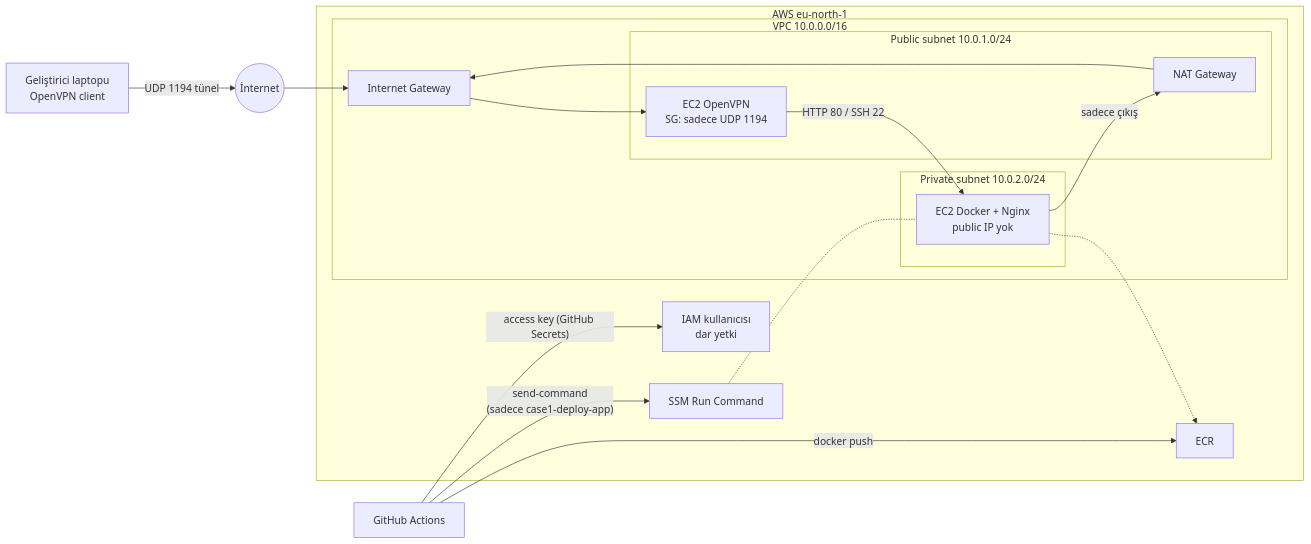
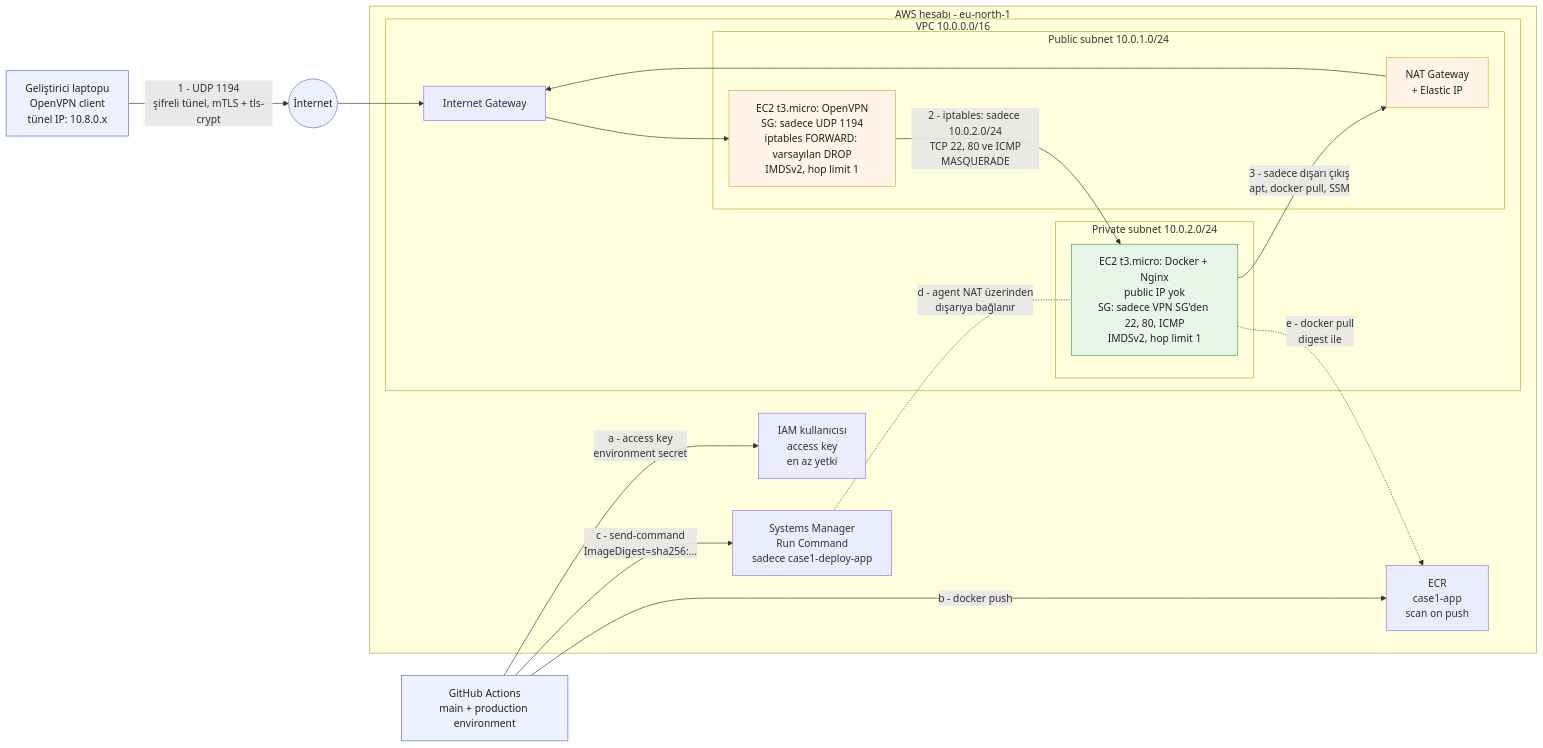
The diagram in README.md (Kkocaoglan/DevOps_Case), drawn with Mermaid before and after one commit. The commit also changed other lines of this file and 2 other files, not shown here.

Commit message:
Docs: mimari diyagram güncellendi, olmayan ekran görüntüsü bağlantıları kaldırıldı
Diyagram iptables FORWARD kısıtını, IMDSv2 hop limit 1'i, özel SSM dokümanını
(digest ile deploy) ve production environment'ını gösteriyor. README'deki
Mermaid bloğu architecture.mmd ile aynı.

````diff
--- a/README.md
+++ b/README.md
@@ -16,29 +16,45 @@
 ```mermaid
 flowchart LR
-    dev["Geliştirici laptopu<br/>OpenVPN client"]
+    dev["Geliştirici laptopu<br/>OpenVPN client<br/>tünel IP: 10.8.0.x"]
     net(("İnternet"))
-    gh["GitHub Actions"]
-    subgraph aws["AWS eu-north-1"]
-        iam["IAM kullanıcısı<br/>dar yetki"]
-        ecr["ECR"]
-        ssm["SSM Run Command"]
+    gh["GitHub Actions<br/>main + production environment"]
+
+    subgraph aws["AWS hesabı - eu-north-1"]
+        iam["IAM kullanıcısı<br/>access key<br/>en az yetki"]
+        ecr["ECR<br/>case1-app<br/>scan on push"]
+        ssm["Systems Manager<br/>Run Command<br/>sadece case1-deploy-app"]
+
         subgraph vpc["VPC 10.0.0.0/16"]
             igw["Internet Gateway"]
+
             subgraph pub["Public subnet 10.0.1.0/24"]
-                vpn["EC2 OpenVPN<br/>SG: sadece UDP 1194"]
-                nat["NAT Gateway"]
+                vpn["EC2 t3.micro: OpenVPN<br/>SG: sadece UDP 1194<br/>iptables FORWARD: varsayılan DROP<br/>IMDSv2, hop limit 1"]
+                nat["NAT Gateway<br/>+ Elastic IP"]
             end
+
             subgraph priv["Private subnet 10.0.2.0/24"]
-                app["EC2 Docker + Nginx<br/>public IP yok"]
+                app["EC2 t3.micro: Docker + Nginx<br/>public IP yok<br/>SG: sadece VPN SG'den 22, 80, ICMP<br/>IMDSv2, hop limit 1"]
             end
         end
     end
-    dev -- "UDP 1194 tünel" --> net --> igw --> vpn
-    vpn -- "HTTP 80 / SSH 22" --> app
-    app -- "sadece çıkış" --> nat --> igw
-    gh -- "access key (GitHub Secrets)" --> iam
-    gh -- "docker push" --> ecr
-    gh -- "send-command<br/>(sadece case1-deploy-app)" --> ssm
-    ssm -.- app
-    app -.-> ecr
+
+    dev -- "1 - UDP 1194<br/>şifreli tünel, mTLS + tls-crypt" --> net
+    net --> igw
+    igw --> vpn
+    vpn -- "2 - iptables: sadece 10.0.2.0/24<br/>TCP 22, 80 ve ICMP<br/>MASQUERADE" --> app
+    app -- "3 - sadece dışarı çıkış<br/>apt, docker pull, SSM" --> nat
+    nat --> igw
+
+    gh -- "a - access key<br/>environment secret" --> iam
+    gh -- "b - docker push" --> ecr
+    gh -- "c - send-command<br/>ImageDigest=sha256:..." --> ssm
+    ssm -. "d - agent NAT üzerinden<br/>dışarıya bağlanır" .- app
+    app -. "e - docker pull<br/>digest ile" .-> ecr
+
+    classDef public fill:#fff4e5,stroke:#e8a33d,color:#222
+    classDef private fill:#e8f5e9,stroke:#43a047,color:#222
+    classDef ext fill:#eef2ff,stroke:#5c6bc0,color:#222
+    class vpn,nat public
+    class app private
+    class dev,gh,net ext
 ```
````
